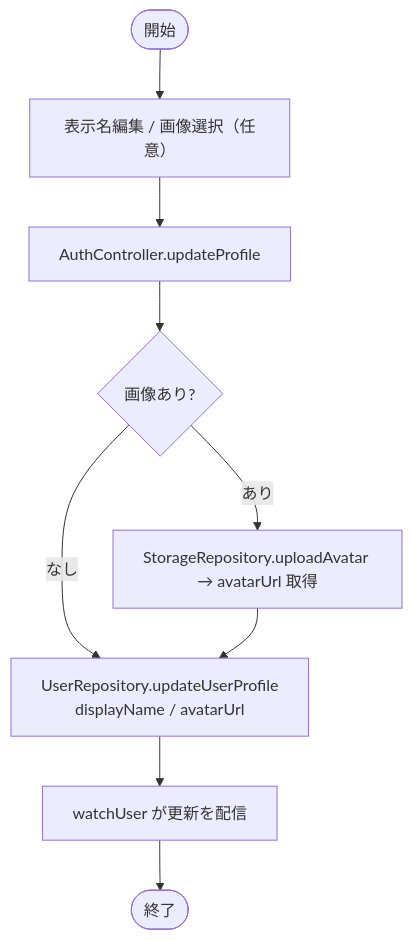
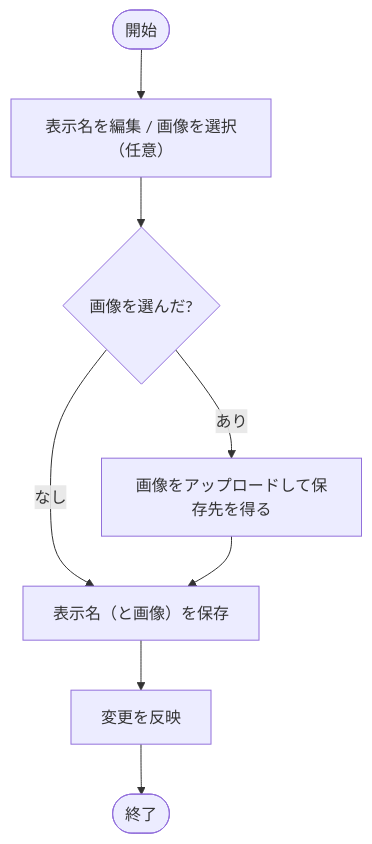
One commit to ekusy/shopping-list-app-flutter changed the fifth of 28 diagrams in docs/内部設計/アクティビティ図.md. Above: the diagram before and after it, drawn with Mermaid. The commit also changed other lines of this file, not shown here.

First line of the commit message:
docs: アクティビティ図を処理の流れ・分岐の説明に集中させて改稿

````diff
--- a/docs/内部設計/アクティビティ図.md
+++ b/docs/内部設計/アクティビティ図.md
@@ -86,12 +86,10 @@
 ```mermaid
 flowchart TD
-    S([開始]) --> IN[表示名編集 / 画像選択（任意）]
-    IN --> C[AuthController.updateProfile]
-    C --> Q{画像あり?}
-    Q -->|あり| UP[StorageRepository.uploadAvatar → avatarUrl 取得]
-    Q -->|なし| UPD
-    UP --> UPD[UserRepository.updateUserProfile\ndisplayName / avatarUrl]
-    UPD --> OK[watchUser が更新を配信]
+    S([開始]) --> IN[表示名を編集 / 画像を選択（任意）]
+    IN --> Q{画像を選んだ?}
+    Q -->|あり| UP[画像をアップロードして保存先を得る]
+    Q -->|なし| SAVE[表示名（と画像）を保存]
+    UP --> SAVE
+    SAVE --> OK[変更を反映]
     OK --> E([終了])
-    classDef err stroke-dasharray: 4 3
 ```
````
